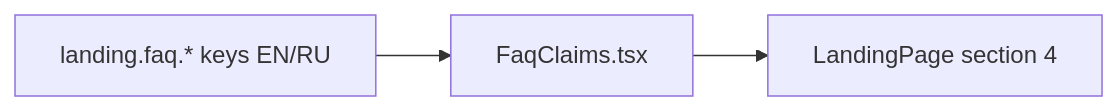
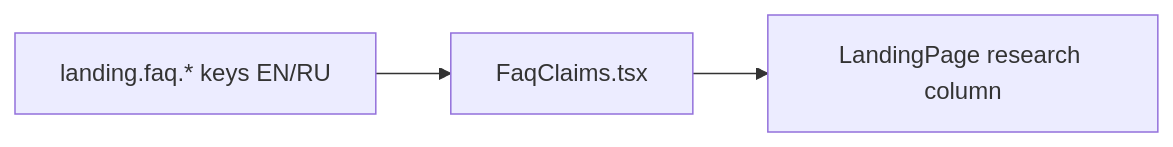
One commit to AzamatRaimbekov2/openCreate changed the diagram in apps/web/src/modules/Landing/components/FaqClaims.tsx.md. Above: the diagram before and after it, drawn with Mermaid. The commit also changed other lines of this file and 40 other files, not shown here.

````diff
--- a/apps/web/src/modules/Landing/components/FaqClaims.tsx.md
+++ b/apps/web/src/modules/Landing/components/FaqClaims.tsx.md
@@ -26,4 +28,4 @@
 ```mermaid
 flowchart LR
-  I18N[landing.faq.* keys EN/RU] --> FAQ[FaqClaims.tsx] --> LP[LandingPage section 4]
+  I18N[landing.faq.* keys EN/RU] --> FAQ[FaqClaims.tsx] --> LP[LandingPage research column]
 ```
````
